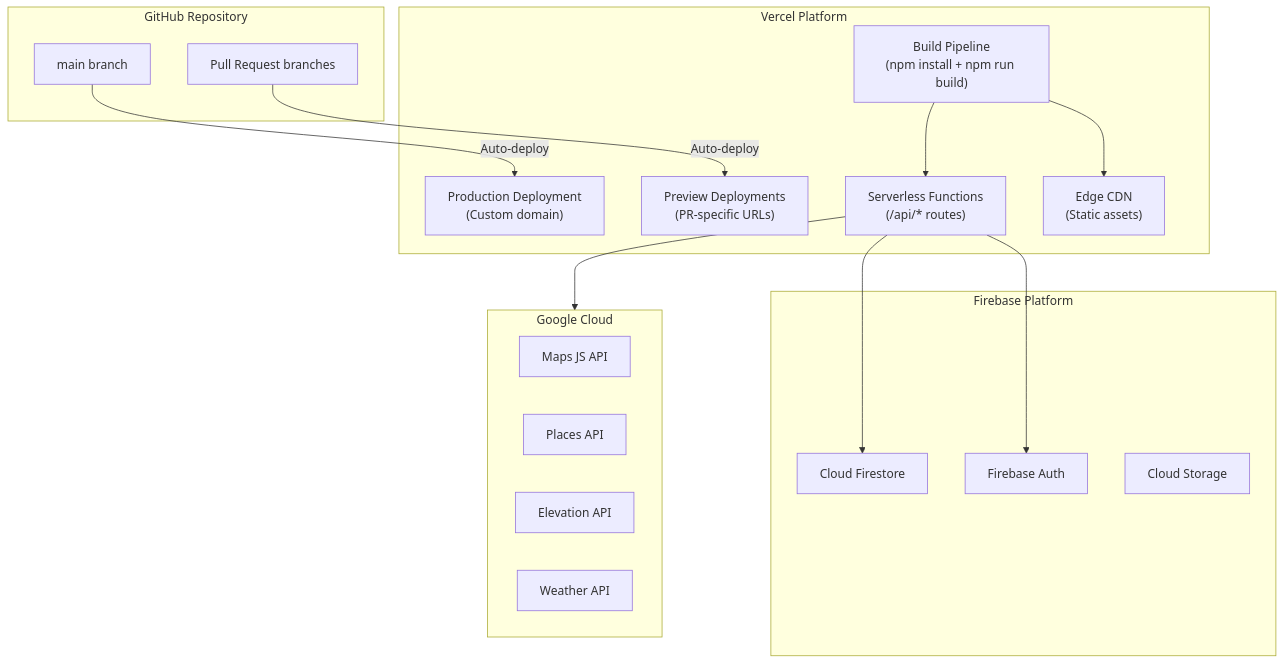
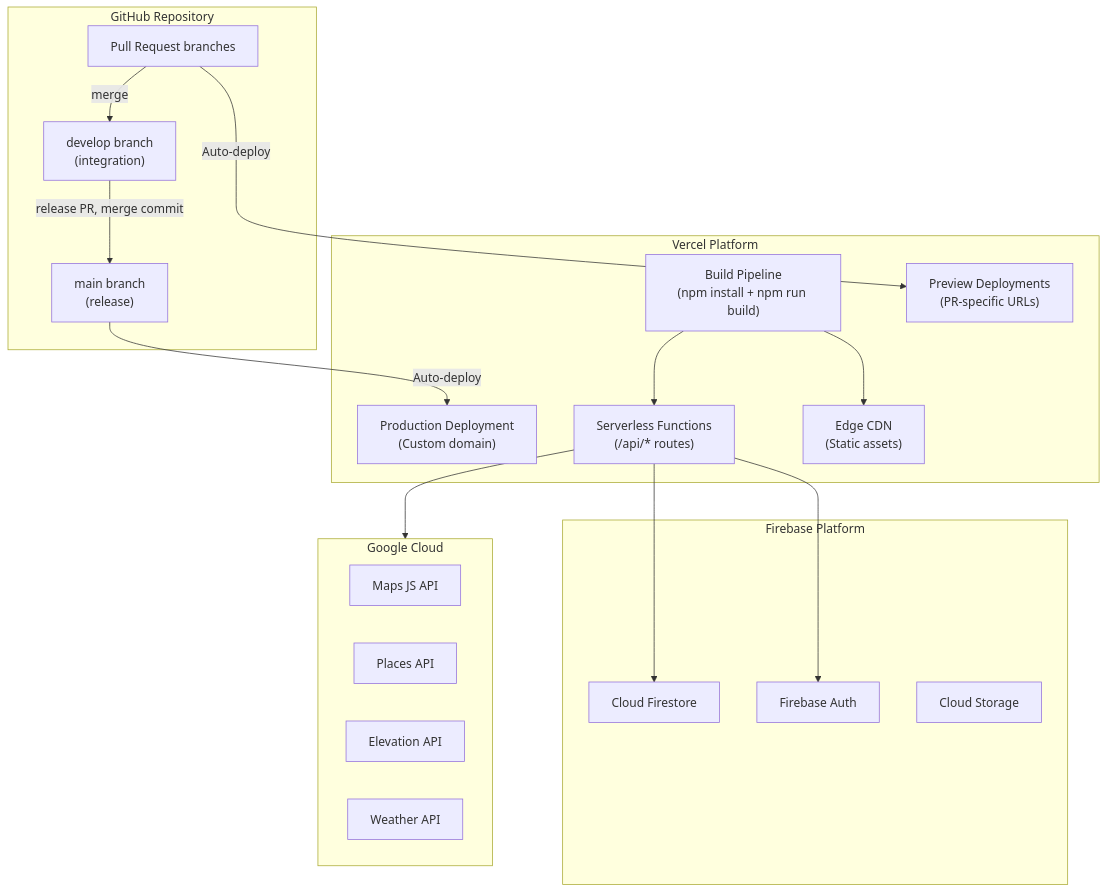
Before and after one commit to Oweeboi011/Fit-Ready-IQ: the first of 8 diagrams in docs/wiki/DEPLOYMENT.md, drawn with Mermaid. The commit also changed other lines of this file and 11 other files, not shown here.

First line of the commit message:
docs: fix stale paths, branch flow, versions, and structural bugs

````diff
--- a/docs/wiki/DEPLOYMENT.md
+++ b/docs/wiki/DEPLOYMENT.md
@@ -20,36 +20,39 @@
 ```mermaid
 graph TB
     subgraph GitHub["GitHub Repository"]
-        Main["main branch"]
+        Main["main branch<br/>(release)"]
+        Develop["develop branch<br/>(integration)"]
         PR["Pull Request branches"]
     end
 
     subgraph Vercel["Vercel Platform"]
         Build["Build Pipeline<br/>(npm install + npm run build)"]
         Prod["Production Deployment<br/>(Custom domain)"]
         Preview["Preview Deployments<br/>(PR-specific URLs)"]
         Functions["Serverless Functions<br/>(/api/* routes)"]
         Edge["Edge CDN<br/>(Static assets)"]
     end
 
     subgraph Firebase["Firebase Platform"]
         Firestore["Cloud Firestore"]
         Auth["Firebase Auth"]
         Storage["Cloud Storage"]
     end
 
     subgraph Google["Google Cloud"]
         Maps["Maps JS API"]
         Places["Places API"]
         Elevation["Elevation API"]
         Weather["Weather API"]
     end
 
+    PR -->|merge| Develop
+    Develop -->|release PR, merge commit| Main
     Main -->|Auto-deploy| Prod
     PR -->|Auto-deploy| Preview
     Build --> Functions
     Build --> Edge
     Functions --> Firestore
     Functions --> Auth
     Functions --> Google
 ```
````
